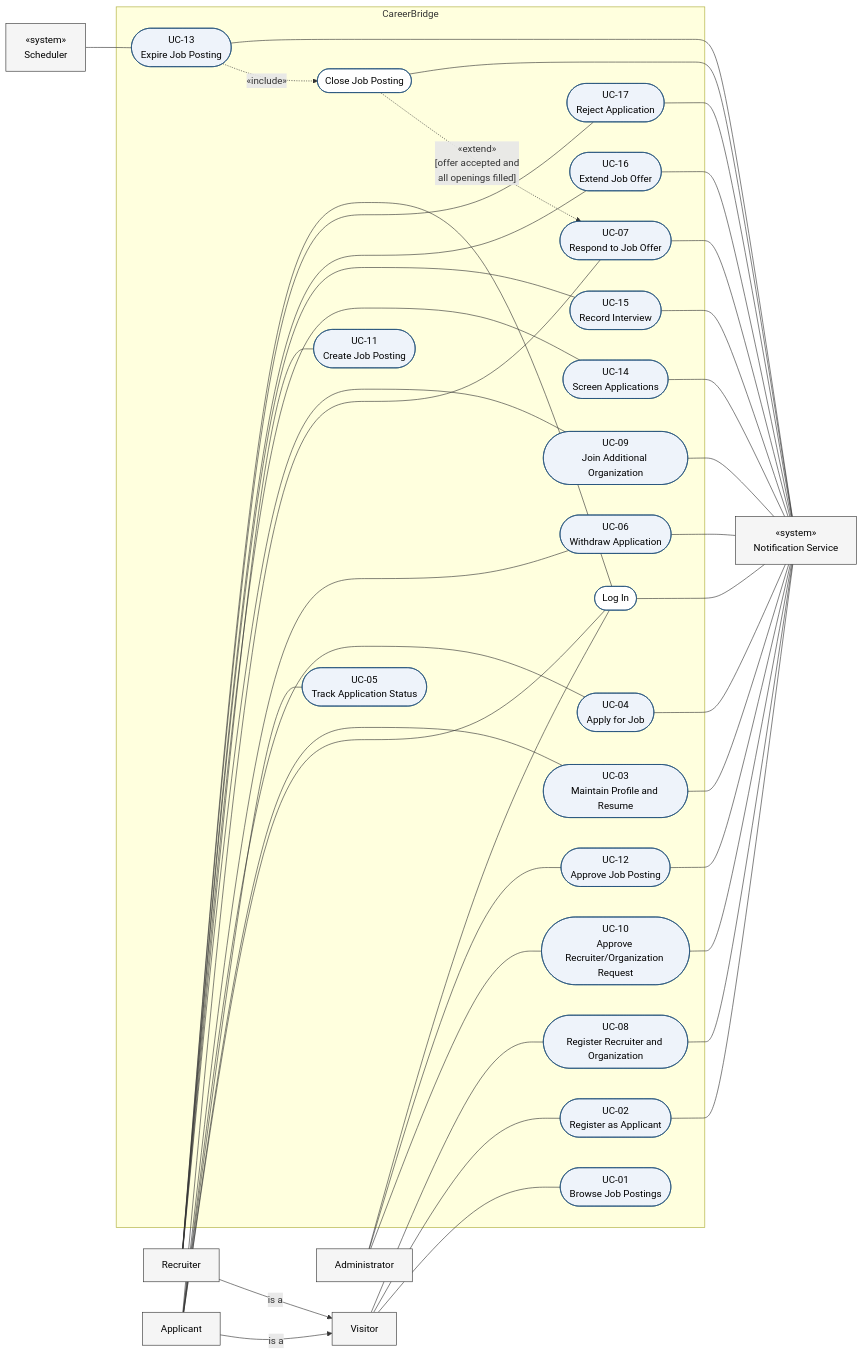
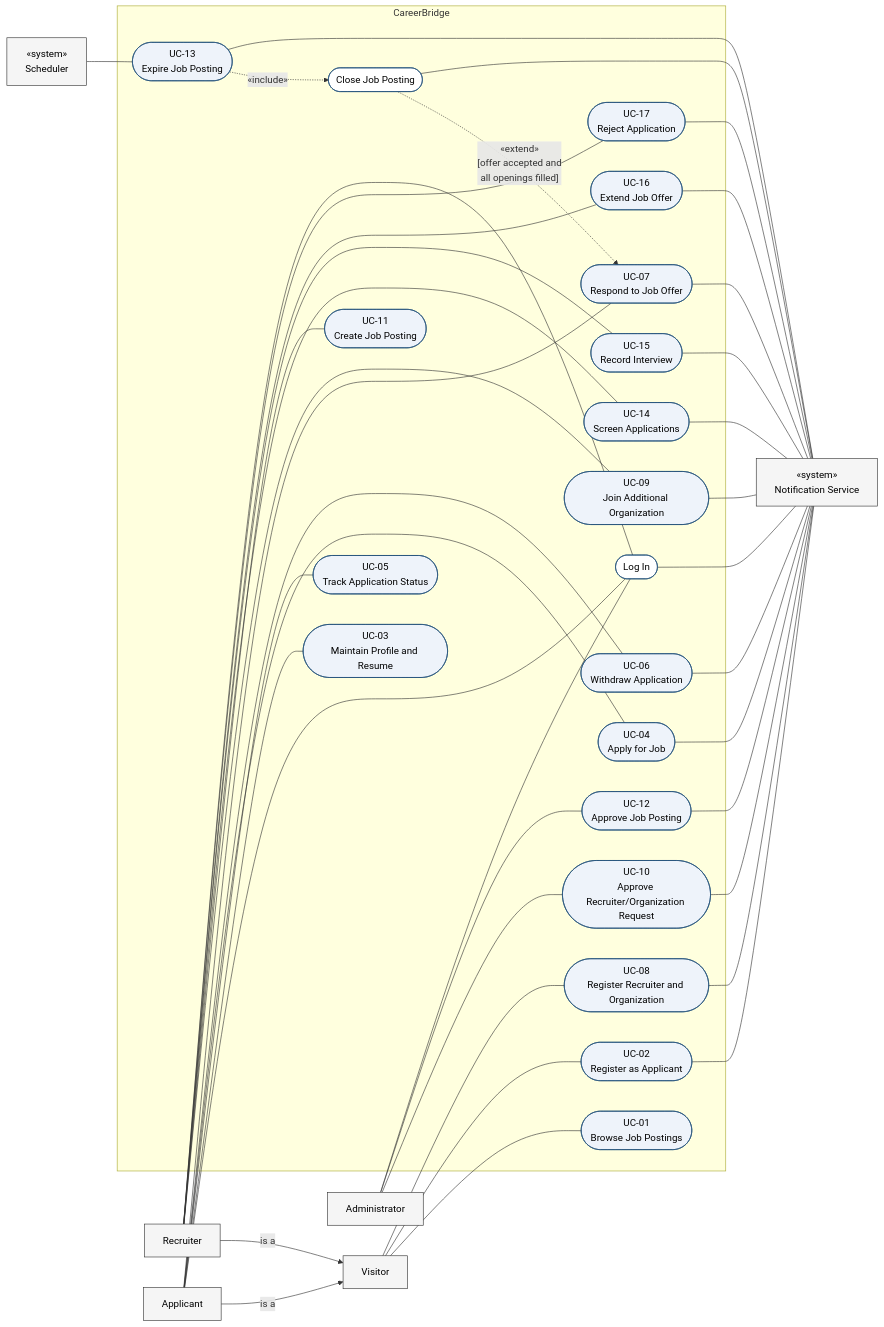
One commit to berdyshevol/careerbridge-csi5324 changed the first of 2 diagrams in deliverables/deliverable-2/deliverable-2.md. Above: the diagram before and after it, drawn with Mermaid. The commit also changed other lines of this file and 3 other files, not shown here.

````diff
--- a/deliverables/deliverable-2/deliverable-2.md
+++ b/deliverables/deliverable-2/deliverable-2.md
@@ -57,59 +57,59 @@
 ```mermaid
 flowchart LR
     %% Actors (UML stick figures are not available in Mermaid; actors are rectangles)
     Visitor["Visitor"]
     Recruiter["Recruiter"]
     Admin["Administrator"]
     Applicant["Applicant"]
     NS["«system»<br/>Notification Service"]
     Sched["«system»<br/>Scheduler"]
 
     %% Generalization: Applicant and Recruiter are specializations of Visitor
     Recruiter -- "is a" --> Visitor
     Applicant -- "is a" --> Visitor
 
     subgraph CB["CareerBridge"]
         UC01(["UC-01<br/>Browse Job Postings"])
         UC02(["UC-02<br/>Register as Applicant"])
         UC08(["UC-08<br/>Register Recruiter and Organization"])
         UC09(["UC-09<br/>Join Additional Organization"])
         UC11(["UC-11<br/>Create Job Posting"])
         UC14(["UC-14<br/>Screen Applications"])
         UC15(["UC-15<br/>Record Interview"])
         UC16(["UC-16<br/>Extend Job Offer"])
         UC17(["UC-17<br/>Reject Application"])
         UC10(["UC-10<br/>Approve Recruiter/Organization Request"])
         UC12(["UC-12<br/>Approve Job Posting"])
         LOGIN(["Log In"])
         UC03(["UC-03<br/>Maintain Profile and Resume"])
         UC05(["UC-05<br/>Track Application Status"])
         UC04(["UC-04<br/>Apply for Job"])
         UC06(["UC-06<br/>Withdraw Application"])
         UC07(["UC-07<br/>Respond to Job Offer"])
         CLOSE(["Close Job Posting"])
         UC13(["UC-13<br/>Expire Job Posting"])
     end
 
     %% Primary actor associations
     Visitor --- UC01 & UC02 & UC08
     Recruiter --- UC09 & UC11 & UC14 & UC15 & UC16 & UC17 & LOGIN
     Admin --- UC10 & UC12 & LOGIN
     Applicant --- LOGIN & UC03 & UC05 & UC04 & UC06 & UC07
     Sched --- UC13
 
     %% «include» / «extend»
     UC13 -. "«include»" .-> CLOSE
     CLOSE -. "«extend»<br/>[offer accepted and<br/>all openings filled]" .-> UC07
 
     %% Supporting actor: Notification Service
     UC02 & UC08 & UC09 & UC14 & UC15 & UC16 & UC17 --- NS
-    UC10 & UC12 & LOGIN & UC03 & UC04 & UC06 & UC07 --- NS
+    UC10 & UC12 & LOGIN & UC04 & UC06 & UC07 --- NS
     CLOSE & UC13 --- NS
 
     classDef usecase fill:#eef3fa,stroke:#1f4e79,color:#000
     classDef subfunction fill:#ffffff,stroke:#1f4e79,color:#000
     classDef actor fill:#f5f5f5,stroke:#333,color:#000
     class UC01,UC02,UC03,UC04,UC05,UC06,UC07,UC08,UC09,UC10,UC11,UC12,UC13,UC14,UC15,UC16,UC17 usecase
     class LOGIN,CLOSE subfunction
     class Visitor,Recruiter,Admin,Applicant,NS,Sched actor
 ```
````
